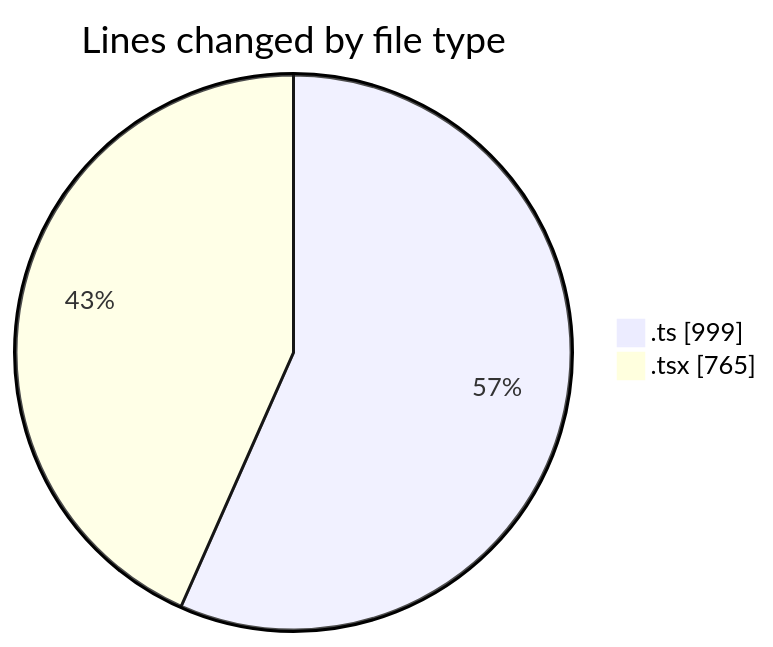
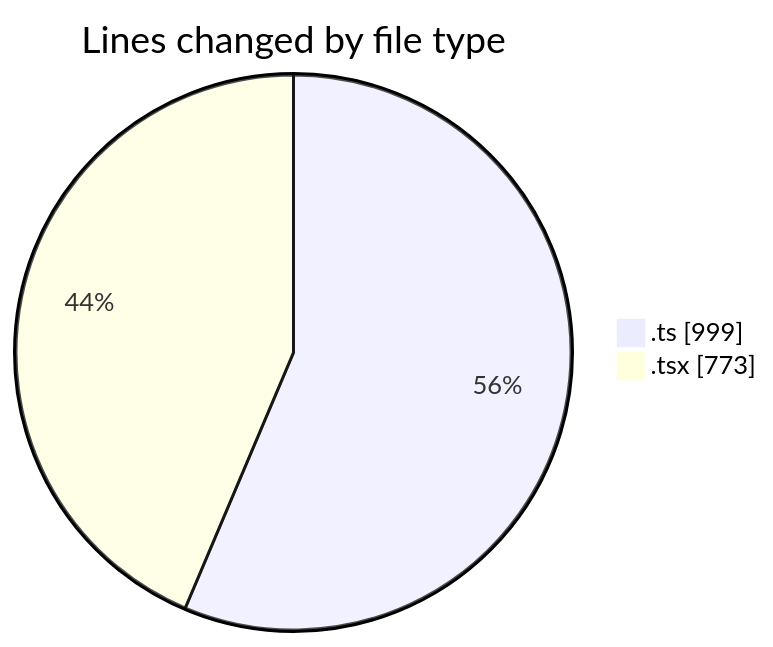
One commit to nxtqubesakshisongat/code-tracking changed the first of 2 diagrams in 2026-05-07/nxtqube_webapp/README.md. Above: the diagram before and after it, drawn with Mermaid. The commit also changed other lines of this file and 1 other file, not shown here.

````diff
--- a/2026-05-07/nxtqube_webapp/README.md
+++ b/2026-05-07/nxtqube_webapp/README.md
@@ -26,6 +26,6 @@
 ```mermaid
 pie showData
 title Lines changed by file type
 ".ts" : 999
-".tsx" : 765
+".tsx" : 773
 ```
````
